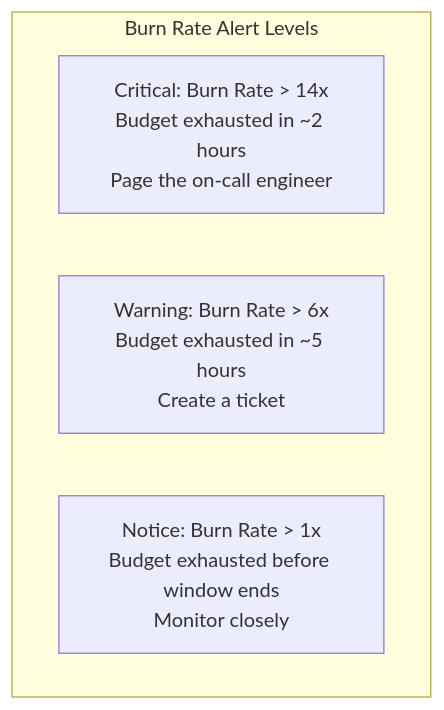
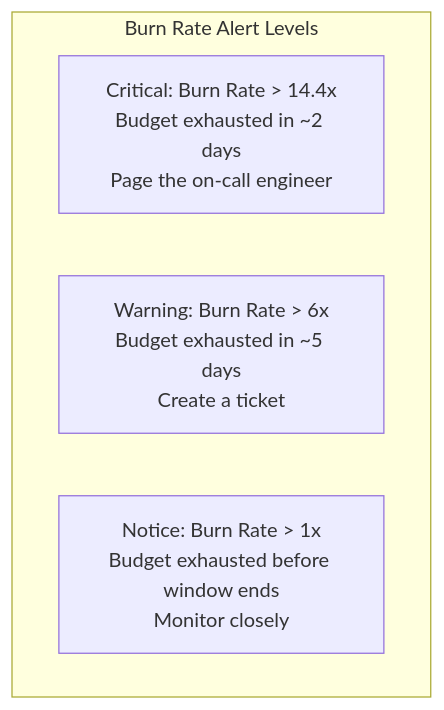
The second of 2 diagrams in posts/2026-02-06-error-budget-tracking-opentelemetry/README.md (OneUptime/blog), drawn with Mermaid before and after one commit. The commit also changed other lines of this file and 2 other files, not shown here.

Commit message:
validate: 2026-02-06-error-budget-tracking-opentelemetry

````diff
--- a/posts/2026-02-06-error-budget-tracking-opentelemetry/README.md
+++ b/posts/2026-02-06-error-budget-tracking-opentelemetry/README.md
@@ -276,8 +277,8 @@
 ```mermaid
 graph TD
     subgraph Alerts["Burn Rate Alert Levels"]
-        A["Critical: Burn Rate > 14x<br/>Budget exhausted in ~2 hours<br/>Page the on-call engineer"]
-        B["Warning: Burn Rate > 6x<br/>Budget exhausted in ~5 hours<br/>Create a ticket"]
+        A["Critical: Burn Rate > 14.4x<br/>Budget exhausted in ~2 days<br/>Page the on-call engineer"]
+        B["Warning: Burn Rate > 6x<br/>Budget exhausted in ~5 days<br/>Create a ticket"]
         C["Notice: Burn Rate > 1x<br/>Budget exhausted before window ends<br/>Monitor closely"]
     end
 ```
````
